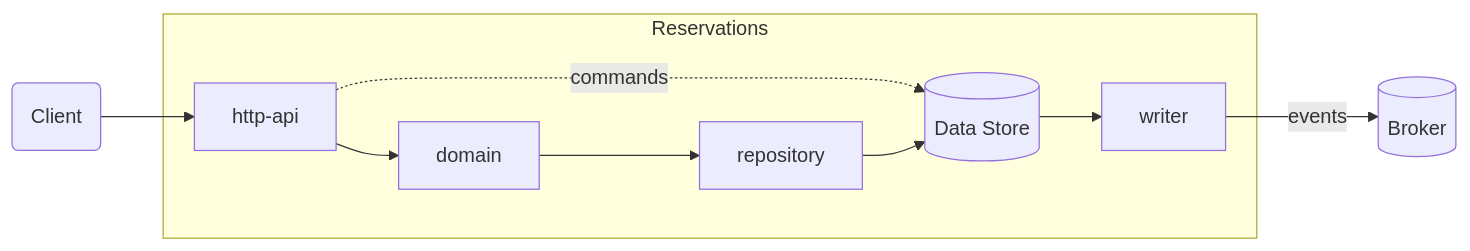
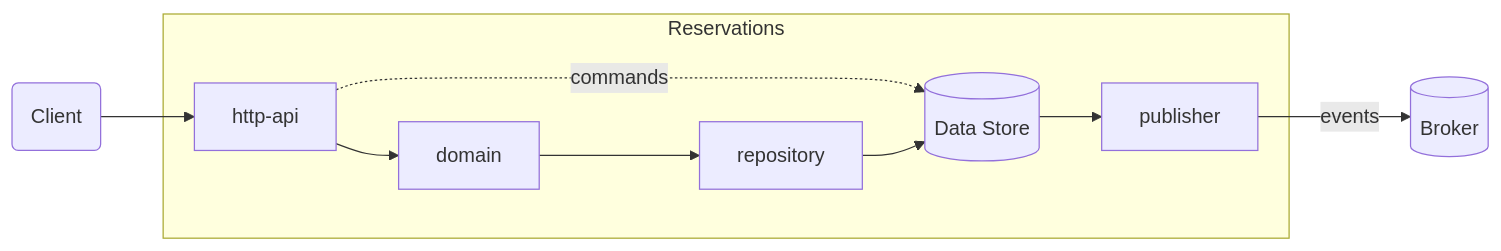
The third of 3 diagrams in docs/architecture/reservations.md (tonitienda/cinc-estrelles), drawn with Mermaid before and after one commit. The commit also changed 7 other files, not shown here.

````diff
--- a/docs/architecture/reservations.md
+++ b/docs/architecture/reservations.md
@@ -62,26 +62,26 @@
 ```mermaid
 
 flowchart LR
 
 Client(Client)
 
 subgraph Reservations
     http-api
     domain
     repository
-    writer
+    publisher
 
     DB[(Data Store)]
 end
 
 
 Broker[(Broker)]
 
 Client --> http-api
 http-api -. commands .-> DB
 http-api --> domain
 domain --> repository
 repository --> DB
-DB --> writer
-writer -- events --> Broker
+DB --> publisher
+publisher -- events --> Broker
 ```
````
